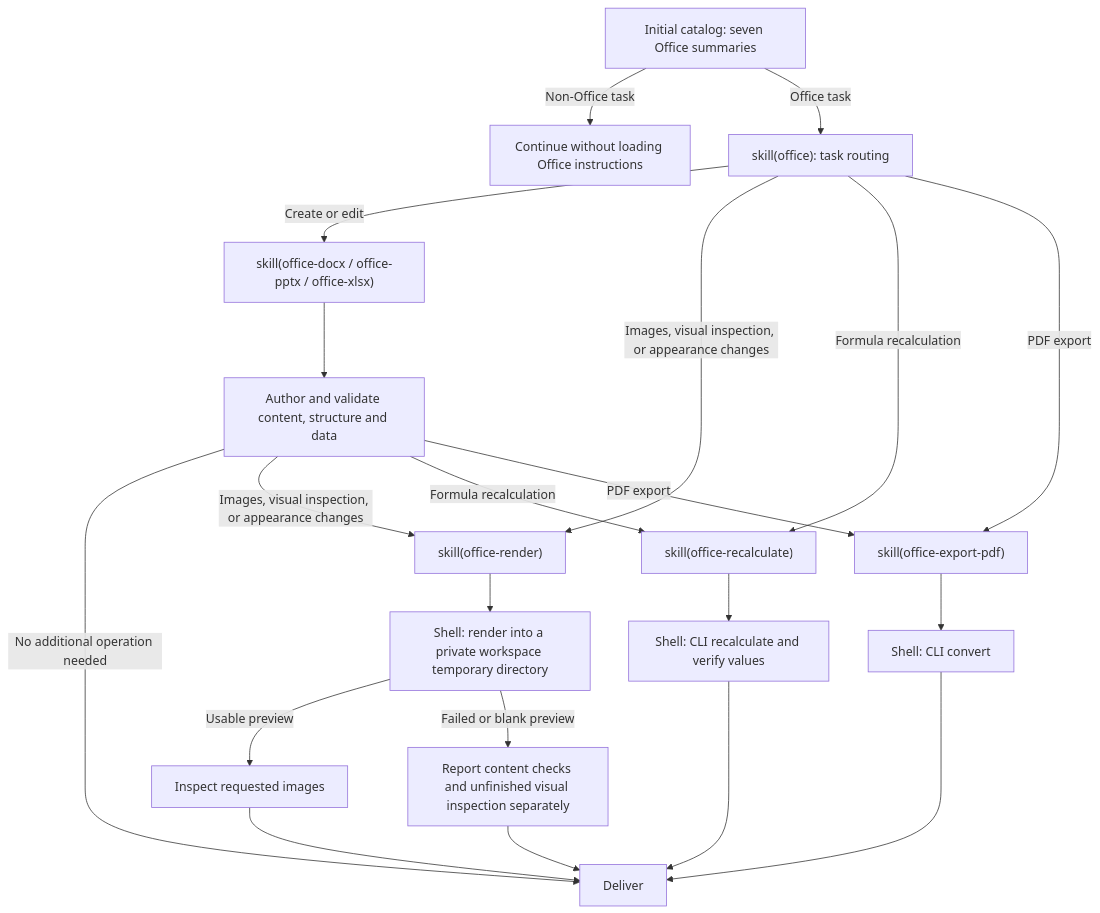
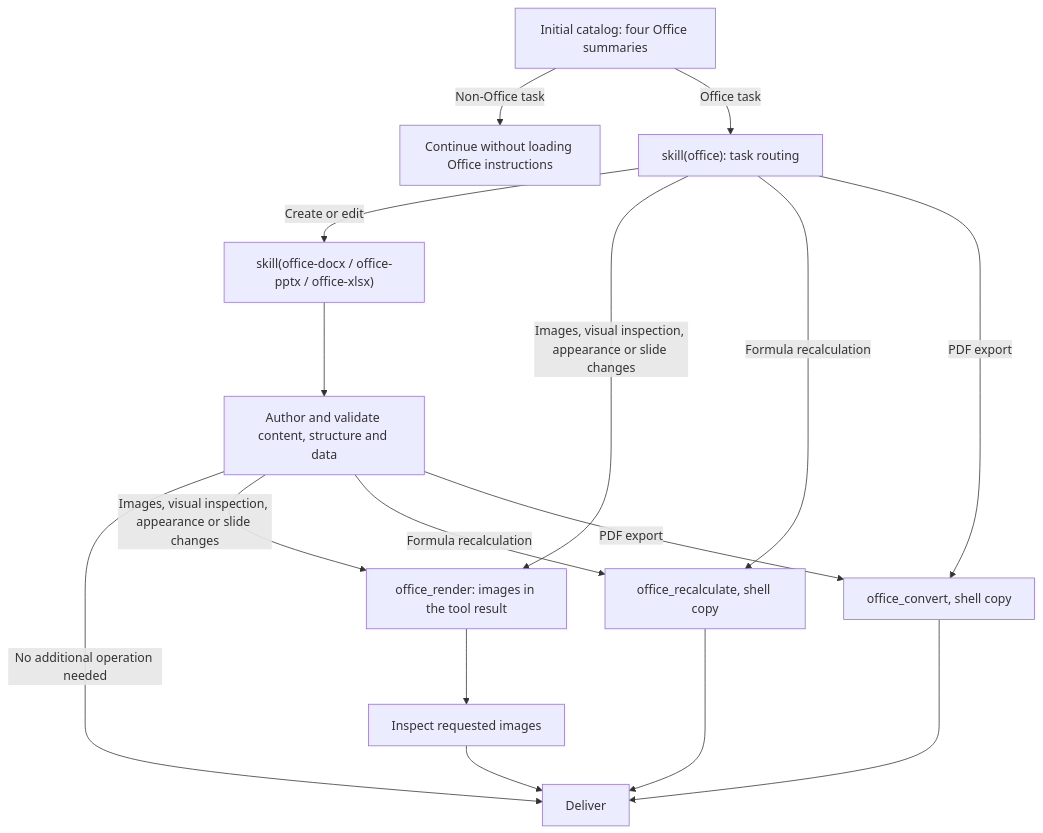
Before and after one commit to xue-ding-e/DSH-Next: the diagram in packages/skill/skill-office/README.md, drawn with Mermaid. The commit also changed other lines of this file and 296 other files, not shown here.

````diff
--- a/packages/skill/skill-office/README.md
+++ b/packages/skill/skill-office/README.md
@@ -49,28 +50,23 @@
 ```mermaid
 flowchart TD
-    A["Initial catalog: seven Office summaries"]
+    A["Initial catalog: four Office summaries"]
     A -->|Non-Office task| N["Continue without loading Office instructions"]
     A -->|Office task| B["skill(office): task routing"]
 
     B -->|Create or edit| C["skill(office-docx / office-pptx / office-xlsx)"]
     C --> D["Author and validate content, structure and data"]
     D -->|No additional operation needed| F["Deliver"]
 
-    B -->|Images, visual inspection, or appearance changes| R["skill(office-render)"]
-    D -->|Images, visual inspection, or appearance changes| R
-    R --> RC["Shell: render into a private workspace temporary directory"]
-    RC -->|Usable preview| V["Inspect requested images"]
+    B -->|Images, visual inspection, appearance or slide changes| R["office_render: images in the tool result"]
+    D -->|Images, visual inspection, appearance or slide changes| R
+    R --> V["Inspect requested images"]
     V --> F
-    RC -->|Failed or blank preview| L["Report content checks and unfinished visual inspection separately"]
-    L --> F
 
-    B -->|Formula recalculation| X["skill(office-recalculate)"]
+    B -->|Formula recalculation| X["office_recalculate, shell copy"]
     D -->|Formula recalculation| X
-    X --> XC["Shell: CLI recalculate and verify values"]
-    XC --> F
+    X --> F
 
-    B -->|PDF export| P["skill(office-export-pdf)"]
+    B -->|PDF export| P["office_convert, shell copy"]
     D -->|PDF export| P
-    P --> PC["Shell: CLI convert"]
-    PC --> F
+    P --> F
 ```
````
